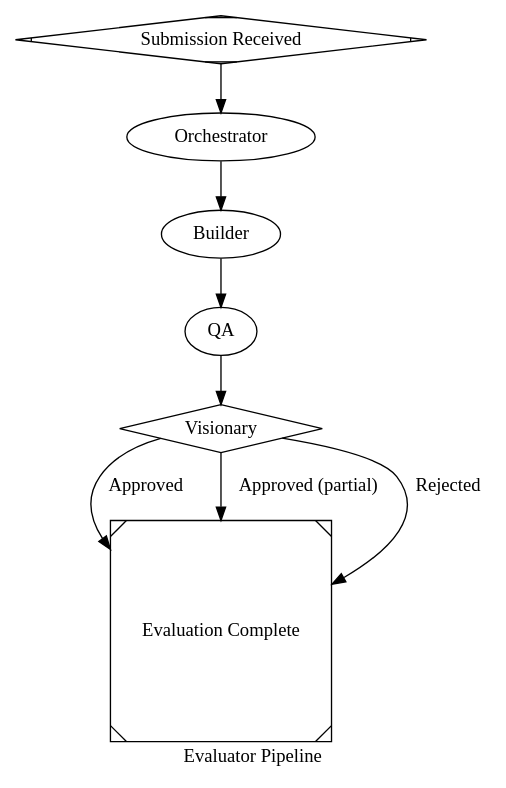
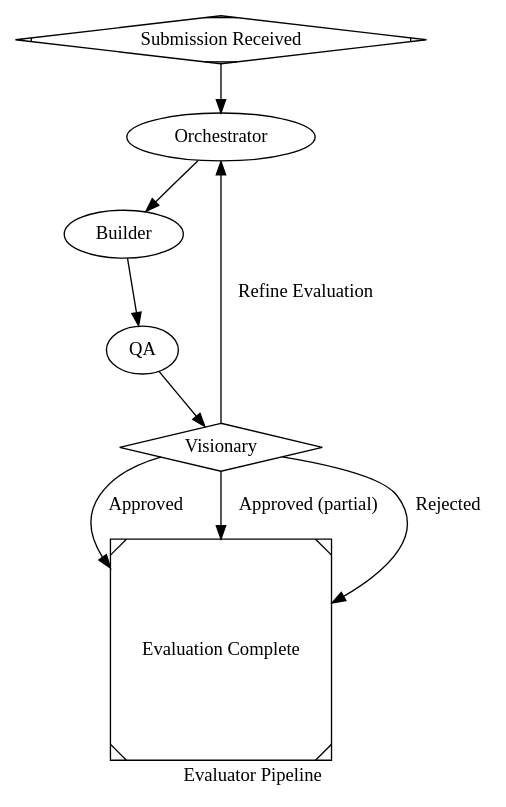
The diagram in attractor/pipelines/evaluator.dot (bencivjan/attractor-go), drawn with Graphviz before and after one commit. The commit also changed 2 other files, not shown here.

Commit message:
Add visionary → orchestrator feedback loop to evaluator
The visionary can now return RETRY when the evaluation itself was
insufficient (wrong tools, missing checks, unclear results). This
sends feedback to the orchestrator, which refines its delegation
plan and re-runs builder + QA. FAIL is reserved for when the
evaluation was thorough and the submission genuinely falls short.

```diff
--- a/attractor/pipelines/evaluator.dot
+++ b/attractor/pipelines/evaluator.dot
@@ -1,117 +1,121 @@
 // Evaluator Pipeline
 //
 // A four-stage evaluation pipeline that reviews submissions against a
 // high-level vision. An orchestrator delegates work, a builder constructs
 // the testing tools, QA exercises those tools, and a visionary judges
 // whether the result satisfies the original goal.
 //
 // Stages:
 //   1. Orchestrator   (Claude Opus)  — receive submission, delegate tasks
 //   2. Builder        (Codex 5.3)    — build tools/harnesses for QA
 //   3. QA             (Claude Opus)  — run tools against the submission
 //   4. Visionary      (Claude Opus)  — judge against goal, return feedback
 //
-// On visionary rejection the pipeline loops back to the submitter with
-// actionable feedback.
+// On visionary rejection the pipeline loops back to the orchestrator with
+// feedback so it can refine its delegation plan and re-run builder + QA.
 
 digraph evaluator {
     goal = "Evaluate a submission against the project vision and return structured feedback"
     label = "Evaluator Pipeline"
     default_max_retry = "3"
     fallback_retry_target = "builder"
 
     model_stylesheet = "
         * {
             reasoning_effort: high;
         }
     "
 
     // -----------------------------------------------------------------------
     // Start
     // -----------------------------------------------------------------------
     start [shape=Mdiamond, label="Submission Received"]
 
     // -----------------------------------------------------------------------
     // Phase 1 — Orchestrator (Claude Opus)
     //
     // Receives the submission and the project vision. Analyzes what needs
     // to be evaluated, then produces a delegation plan: what tools the
     // builder should create and what aspects QA should verify.
     // -----------------------------------------------------------------------
     orchestrator [
         label       = "Orchestrator"
-        prompt      = "You are an evaluation orchestrator. You have received a submission and the project's high-level vision in $goal.\n\nYour job:\n1. Understand the submission — what was built, what changed, what claims are made\n2. Understand the vision — what the project is supposed to achieve\n3. Identify evaluation dimensions — correctness, completeness, alignment with vision, quality\n4. Produce a delegation plan with two sections:\n   a. BUILDER TASKS — specific tools, test harnesses, scripts, or fixtures the builder must create so QA can exercise the submission (e.g. integration tests, load generators, mock servers, CLI wrappers)\n   b. QA CHECKLIST — specific checks QA must perform using those tools, each tied to a success criterion from the vision\n\nBe precise. Every builder task must have a clear purpose and every QA check must be verifiable."
+        prompt      = "You are an evaluation orchestrator. You have received a submission and the project's high-level vision in $goal.\n\nIf this is a fresh evaluation, start from scratch. If the visionary has returned feedback from a previous evaluation round, you MUST incorporate that feedback — the visionary's concerns take priority. Adjust your delegation plan to address every issue the visionary raised. Do not repeat evaluation approaches that already failed to surface the right information.\n\nYour job:\n1. Understand the submission — what was built, what changed, what claims are made\n2. Understand the vision — what the project is supposed to achieve\n3. If visionary feedback exists, understand what was unclear or insufficient in the previous evaluation and why\n4. Identify evaluation dimensions — correctness, completeness, alignment with vision, quality\n5. Produce a delegation plan with two sections:\n   a. BUILDER TASKS — specific tools, test harnesses, scripts, or fixtures the builder must create so QA can exercise the submission (e.g. integration tests, load generators, mock servers, CLI wrappers)\n   b. QA CHECKLIST — specific checks QA must perform using those tools, each tied to a success criterion from the vision\n\nBe precise. Every builder task must have a clear purpose and every QA check must be verifiable."
         model       = "claude-opus-4-6"
         llm_provider = "anthropic"
         goal_gate   = "true"
         max_retries = "2"
     ]
 
     // -----------------------------------------------------------------------
     // Phase 2 — Builder (Codex 5.3)
     //
     // Constructs the tools, test harnesses, and fixtures that QA needs to
     // evaluate the submission. Does not judge quality — only builds what
     // the orchestrator requested.
     // -----------------------------------------------------------------------
     builder [
         label       = "Builder"
         prompt      = "You are a toolsmith. Given the orchestrator's delegation plan in context, build every tool and harness listed under BUILDER TASKS.\n\nFor each tool:\n1. Write clean, runnable code that QA can invoke directly\n2. Include clear usage instructions (CLI flags, env vars, expected inputs/outputs)\n3. Handle setup and teardown so tools are self-contained\n4. Output structured results (JSON or plain-text with parseable markers) so QA can programmatically check outcomes\n5. Cover edge cases mentioned in the delegation plan\n\nDo NOT evaluate the submission yourself. Your only job is to produce the tools QA will use."
         model       = "gpt-5.3-codex"
         llm_provider = "openai"
         goal_gate   = "true"
         max_retries = "3"
         retry_target = "builder"
     ]
 
     // -----------------------------------------------------------------------
     // Phase 3 — QA (Claude Opus)
     //
     // Exercises the builder's tools against the submission, following the
     // orchestrator's QA checklist. Produces a structured evaluation report.
     // -----------------------------------------------------------------------
     qa [
         label       = "QA"
         prompt      = "You are a QA engineer. Using the tools built by the builder and the QA CHECKLIST from the orchestrator, evaluate the submission.\n\nFor each checklist item:\n1. Run the relevant tool or harness against the submission\n2. Record the raw output\n3. Determine PASS or FAIL with a brief justification\n4. Note any unexpected behavior, even if the check passes\n\nProduce a structured evaluation report with:\n- Summary — overall pass/fail count and health assessment\n- Per-check results — checklist item, tool used, outcome, evidence\n- Observations — anything noteworthy not covered by the checklist\n\nBe objective. Report what happened, not what you think should happen."
         model       = "claude-opus-4-6"
         llm_provider = "anthropic"
         goal_gate   = "true"
         max_retries = "2"
     ]
 
     // -----------------------------------------------------------------------
     // Phase 4 — Visionary (Claude Opus)
     //
     // Holds the high-level project vision. Reads the QA report and judges
     // whether the submission fulfills the vision. On failure, produces
     // actionable feedback for the submitter.
     // -----------------------------------------------------------------------
     visionary [
         shape       = "diamond"
         type        = "conditional"
         label       = "Visionary"
-        prompt      = "You are the visionary — the keeper of the project's high-level goal described in $goal. You have the QA evaluation report in context.\n\nYour job is to judge the submission against the vision, not just the checklist:\n1. Vision alignment — does the submission move the project toward its goal?\n2. Completeness — are there gaps between what was delivered and what the vision requires?\n3. Quality bar — does the work meet the standard the vision implies?\n4. Regression — does the submission break or weaken anything that previously worked?\n\nIf the submission SATISFIES the vision: respond with status SUCCESS and a brief summary of what was achieved.\nIf the submission FALLS SHORT: respond with status FAIL and provide structured feedback:\n   a. What specifically is missing or wrong (reference QA evidence)\n   b. Why it matters to the vision\n   c. Concrete suggestions for what the submitter should do next\n\nYour feedback will be returned directly to the submitter, so make it actionable and constructive."
+        prompt      = "You are the visionary — the keeper of the project's high-level goal described in $goal. You have the QA evaluation report in context.\n\nYour job is to judge the submission against the vision, not just the checklist:\n1. Vision alignment — does the submission move the project toward its goal?\n2. Completeness — are there gaps between what was delivered and what the vision requires?\n3. Quality bar — does the work meet the standard the vision implies?\n4. Regression — does the submission break or weaken anything that previously worked?\n5. Evaluation quality — was the evaluation itself sufficient? Did the QA checklist and tools actually test the right things, or did the orchestrator miss critical dimensions?\n\nIf the submission SATISFIES the vision: respond with status SUCCESS and a brief summary of what was achieved.\n\nIf the EVALUATION ITSELF was insufficient (wrong tools, missing checks, unclear results, didn't test what matters to the vision): respond with status RETRY and provide feedback for the orchestrator:\n   a. What the evaluation failed to cover or got wrong\n   b. What dimensions the orchestrator should focus on in the next round\n   c. Specific tools or checks that should be added, changed, or removed\n   This feedback goes back to the orchestrator to refine the delegation plan.\n\nIf the submission FALLS SHORT and the evaluation was thorough: respond with status FAIL and provide structured feedback for the submitter:\n   a. What specifically is missing or wrong (reference QA evidence)\n   b. Why it matters to the vision\n   c. Concrete suggestions for what the submitter should do next"
         model       = "claude-opus-4-6"
         llm_provider = "anthropic"
         goal_gate   = "true"
         max_retries = "2"
     ]
 
     // -----------------------------------------------------------------------
     // Exit
     // -----------------------------------------------------------------------
     exit [shape=Msquare, label="Evaluation Complete"]
 
     // -----------------------------------------------------------------------
     // Edges
     // -----------------------------------------------------------------------
     start        -> orchestrator
     orchestrator -> builder
     builder      -> qa
     qa           -> visionary
 
-    // Visionary gate: pass exits with approval, fail returns feedback to submitter.
-    visionary -> exit      [condition="outcome=success",          label="Approved",          weight="10"]
-    visionary -> exit      [condition="outcome=partial_success",  label="Approved (partial)", weight="5"]
-    visionary -> exit      [condition="outcome=fail",             label="Rejected",          weight="10"]
+    // Visionary gate:
+    //   - success exits with approval
+    //   - retry loops back to orchestrator (evaluation was insufficient)
+    //   - fail exits with rejection feedback for the submitter
+    visionary -> exit         [condition="outcome=success",          label="Approved",              weight="10"]
+    visionary -> exit         [condition="outcome=partial_success",  label="Approved (partial)",     weight="5"]
+    visionary -> orchestrator [condition="outcome=retry",            label="Refine Evaluation",      weight="10"]
+    visionary -> exit         [condition="outcome=fail",             label="Rejected",              weight="10"]
 }
```
